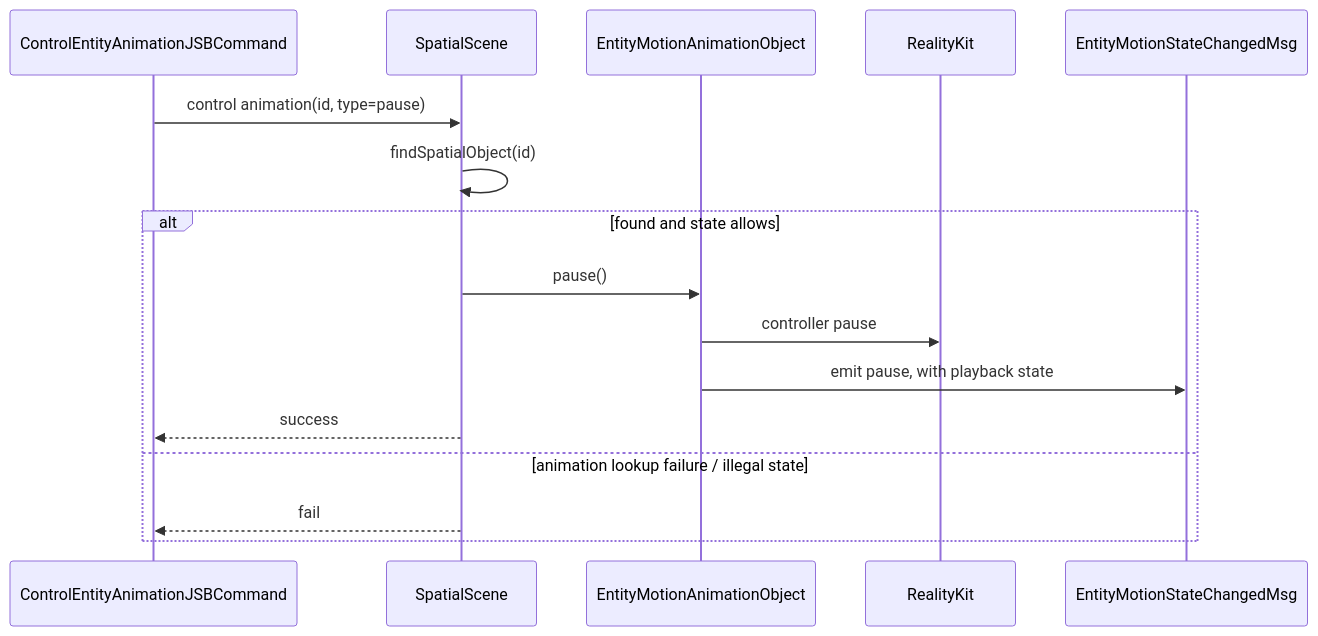
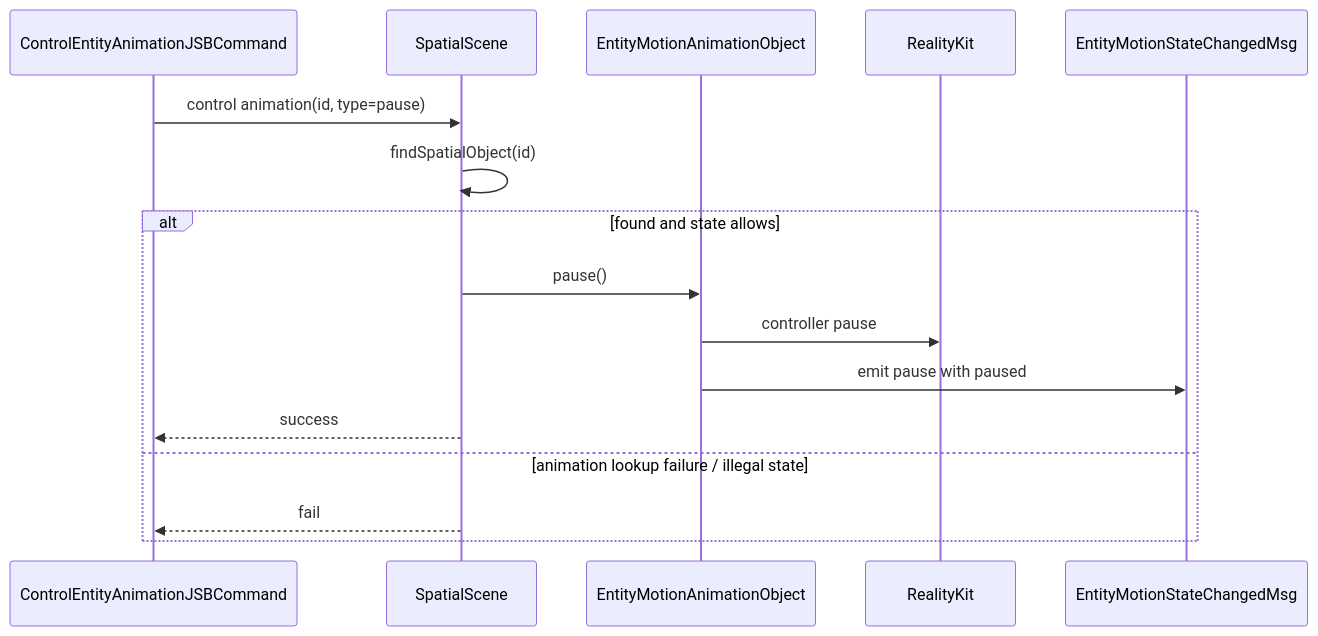
Diagram 12 of 14 in openspec/changes/redesign-entity-motion-api/design.md (webspatial/webspatial-sdk), drawn with Mermaid before and after one commit. The commit also changed other lines of this file and 33 other files, not shown here.

````diff
--- a/openspec/changes/redesign-entity-motion-api/design.md
+++ b/openspec/changes/redesign-entity-motion-api/design.md
@@ -1277,19 +1279,19 @@
 ```mermaid
 sequenceDiagram
     participant JSB as ControlEntityAnimationJSBCommand
     participant Scene as SpatialScene
     participant Obj as EntityMotionAnimationObject
     participant RK as RealityKit
     participant Event as EntityMotionStateChangedMsg
 
     JSB->>Scene: control animation(id, type=pause)
     Scene->>Scene: findSpatialObject(id)
     alt found and state allows
         Scene->>Obj: pause()
         Obj->>RK: controller pause
-        Obj->>Event: emit pause, with playback state
+        Obj->>Event: emit pause with paused
         Scene-->>JSB: success
     else animation lookup failure / illegal state
         Scene-->>JSB: fail
     end
 ```
````
